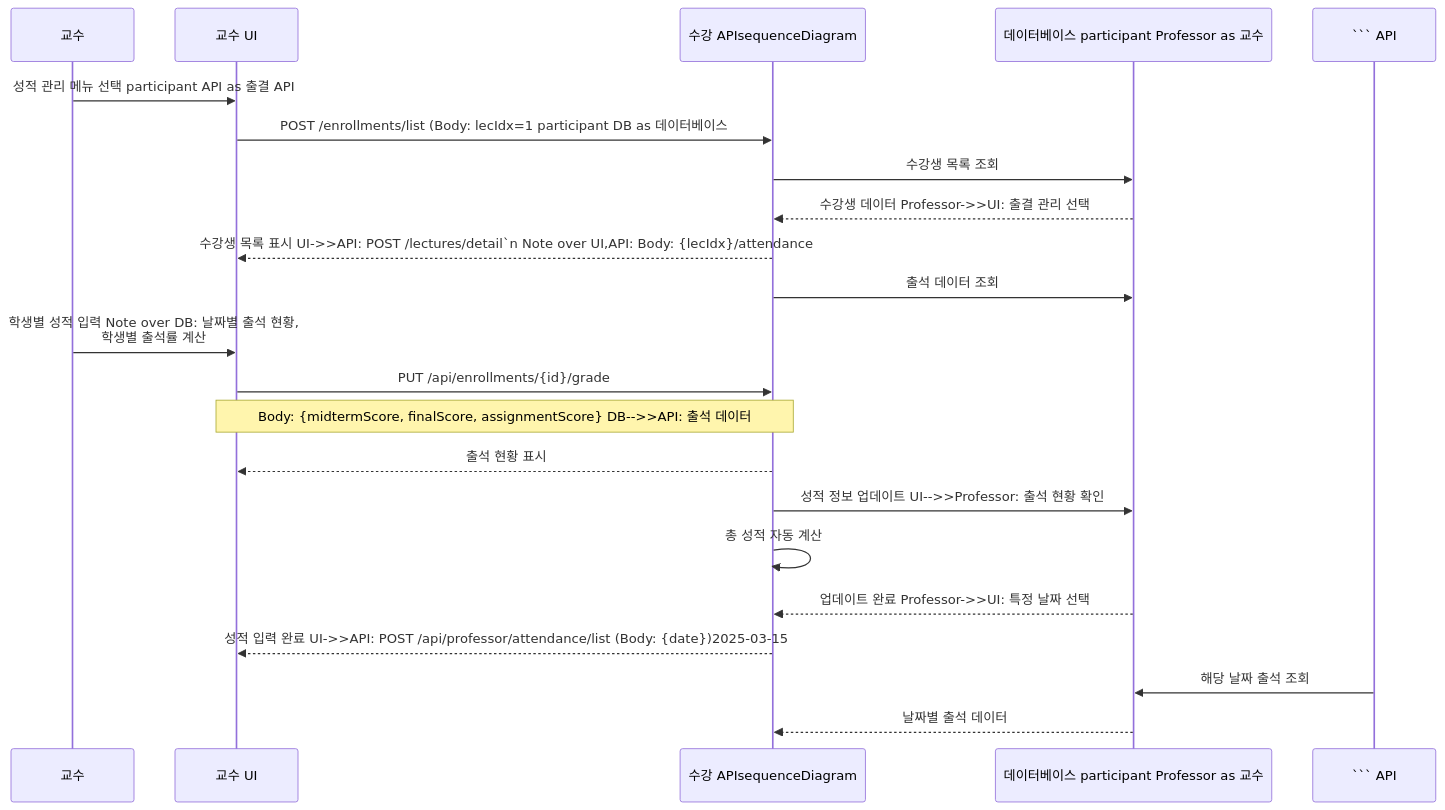
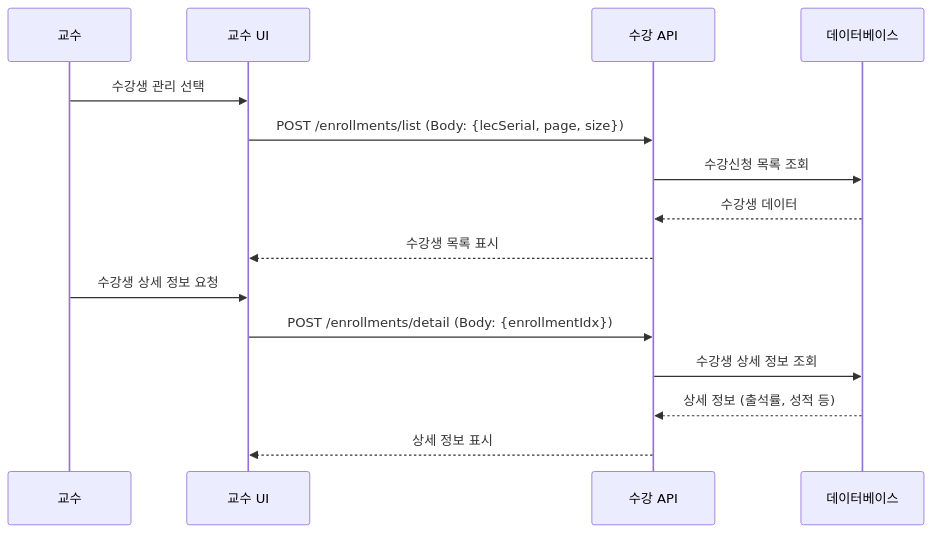
The second of 9 diagrams in backend/BlueCrab/docs/강의관련기능/05-교수플로우.md (hooting76/blue-crab-lms), drawn with Mermaid before and after one commit. The commit also changed other lines of this file and 19 other files, not shown here.

````diff
--- a/backend/BlueCrab/docs/강의관련기능/05-교수플로우.md
+++ b/backend/BlueCrab/docs/강의관련기능/05-교수플로우.md
@@ -713,49 +76,19 @@
 ```mermaid
+sequenceDiagram
+    participant Professor as 교수
+    participant UI as 교수 UI
+    participant API as 수강 API
+    participant DB as 데이터베이스
 
-sequenceDiagram### **3.1 출석 현황 조회**
+    Professor->>UI: 수강생 관리 선택
+    UI->>API: POST /enrollments/list (Body: {lecSerial, page, size})
+    API->>DB: 수강신청 목록 조회
+    DB-->>API: 수강생 데이터
+    API-->>UI: 수강생 목록 표시
 
-    participant Professor as 교수
-
-    participant UI as 교수 UI```mermaid
-
-    participant API as 수강 APIsequenceDiagram
-
-    participant DB as 데이터베이스    participant Professor as 교수
-
-    participant UI as 교수 UI
-
-    Professor->>UI: 성적 관리 메뉴 선택    participant API as 출결 API
-
-    UI->>API: POST /enrollments/list (Body: lecIdx=1    participant DB as 데이터베이스
-
-    API->>DB: 수강생 목록 조회
-
-    DB-->>API: 수강생 데이터    Professor->>UI: 출결 관리 선택
-
-    API-->>UI: 수강생 목록 표시    UI->>API: POST /lectures/detail`n    Note over UI,API: Body: {lecIdx}/attendance
-
-        API->>DB: 출석 데이터 조회
-
-    Professor->>UI: 학생별 성적 입력    Note over DB: 날짜별 출석 현황,<br/>학생별 출석률 계산
-
-    UI->>API: PUT /api/enrollments/{id}/grade
-
-    Note over UI,API: Body: {midtermScore, finalScore, assignmentScore}    DB-->>API: 출석 데이터
-
-        API-->>UI: 출석 현황 표시
-
-    API->>DB: 성적 정보 업데이트    UI-->>Professor: 출석 현황 확인
-
-    API->>API: 총 성적 자동 계산
-
-    DB-->>API: 업데이트 완료    Professor->>UI: 특정 날짜 선택
-
-    API-->>UI: 성적 입력 완료    UI->>API: POST /api/professor/attendance/list (Body: {date})2025-03-15
-
-```    API->>DB: 해당 날짜 출석 조회
-
-    DB-->>API: 날짜별 출석 데이터
-
-### **성적 관리 API 엔드포인트**    API-->>UI: 날짜별 출석 상세 표시
-
+    Professor->>UI: 수강생 상세 정보 요청
+    UI->>API: POST /enrollments/detail (Body: {enrollmentIdx})
+    API->>DB: 수강생 상세 정보 조회
+    DB-->>API: 상세 정보 (출석률, 성적 등)
+    API-->>UI: 상세 정보 표시
 ```
````
